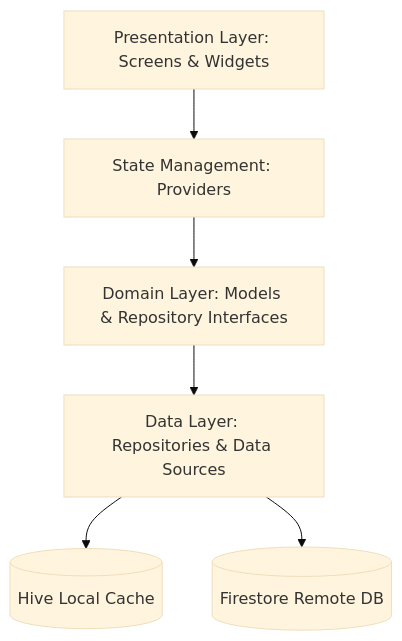
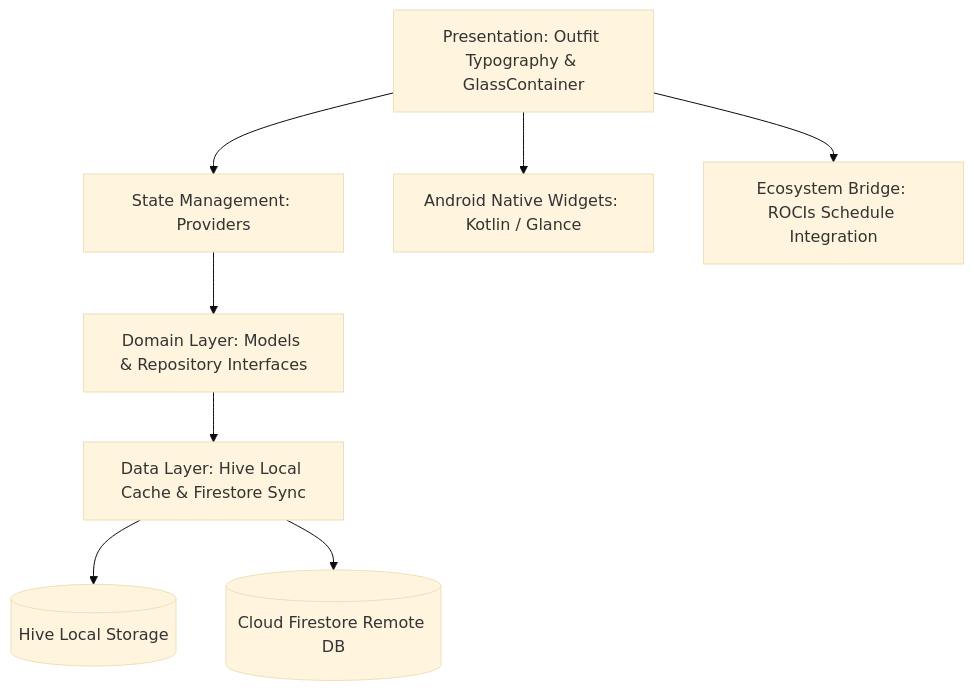
Before and after one commit to RoeeIlouz/ROCIsTasks-Public: the diagram in README.md, drawn with Mermaid (base theme). The commit also changed other lines of this file and 6 other files, not shown here.

````diff
--- a/README.md
+++ b/README.md
@@ -67,8 +99,10 @@
 ```mermaid
 graph TD
-    UI[Presentation Layer: Screens & Widgets] --> Provider[State Management: Providers]
-    Provider --> UseCase[Domain Layer: Models & Repository Interfaces]
-    UseCase --> Data[Data Layer: Repositories & Data Sources]
-    Data --> Hive[(Hive Local Cache)]
-    Data --> Firestore[(Firestore Remote DB)]
+    UI[Presentation: Outfit Typography & GlassContainer] --> Provider[State Management: Providers]
+    Provider --> Domain[Domain Layer: Models & Repository Interfaces]
+    Domain --> Data[Data Layer: Hive Local Cache & Firestore Sync]
+    Data --> Hive[(Hive Local Storage)]
+    Data --> Firestore[(Cloud Firestore Remote DB)]
+    UI --> Widgets[Android Native Widgets: Kotlin / Glance]
+    UI --> EcoBridge[Ecosystem Bridge: ROCIs Schedule Integration]
 ```
````
